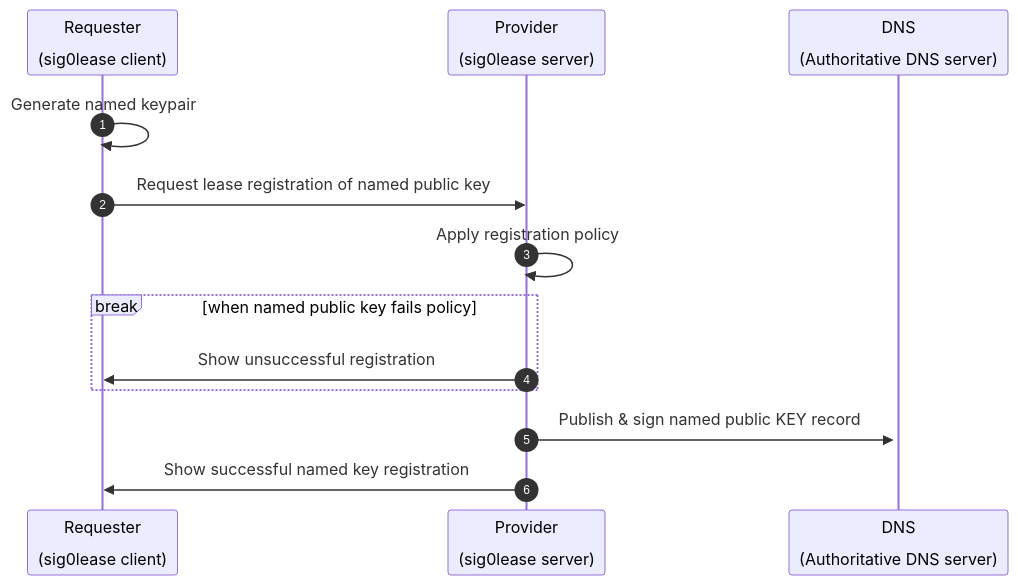
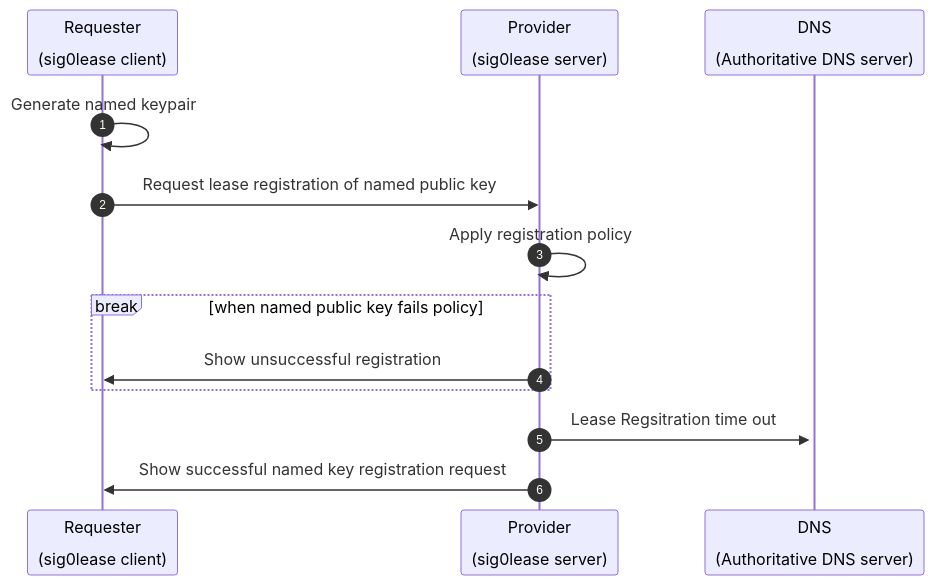
Before and after one commit to NetworkCommons/sig0lease: the first of 2 diagrams in README.md, drawn with Mermaid. The commit also changed other lines of this file, not shown here.

Commit message:
adds correct RFC terminology in mermaid steps

````diff
--- a/README.md
+++ b/README.md
@@ -69,16 +69,16 @@
 ```mermaid
 sequenceDiagram
 autonumber
   participant R as Requester<br><br>(sig0lease client)
   participant P as Provider<br><br>(sig0lease server)
   participant D as DNS<br><br>(Authoritative DNS server)
 
   R->>R: Generate named keypair
   R->>P: Request lease registration of named public key
   P->>P: Apply registration policy
   break when named public key fails policy
     P->>R: Show unsuccessful registration
   end
-  P->>+D: Publish & sign named public KEY record
-  P->>R: Show successful named key registration
+  P->>+D: Lease Regsitration time out
+  P->>R: Show successful named key registration request
 ```
````
